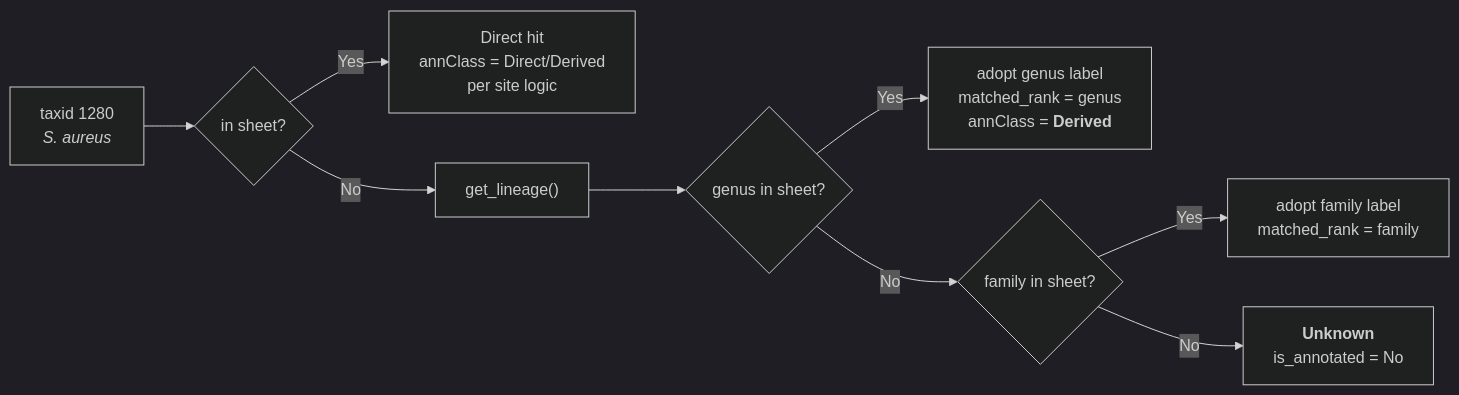
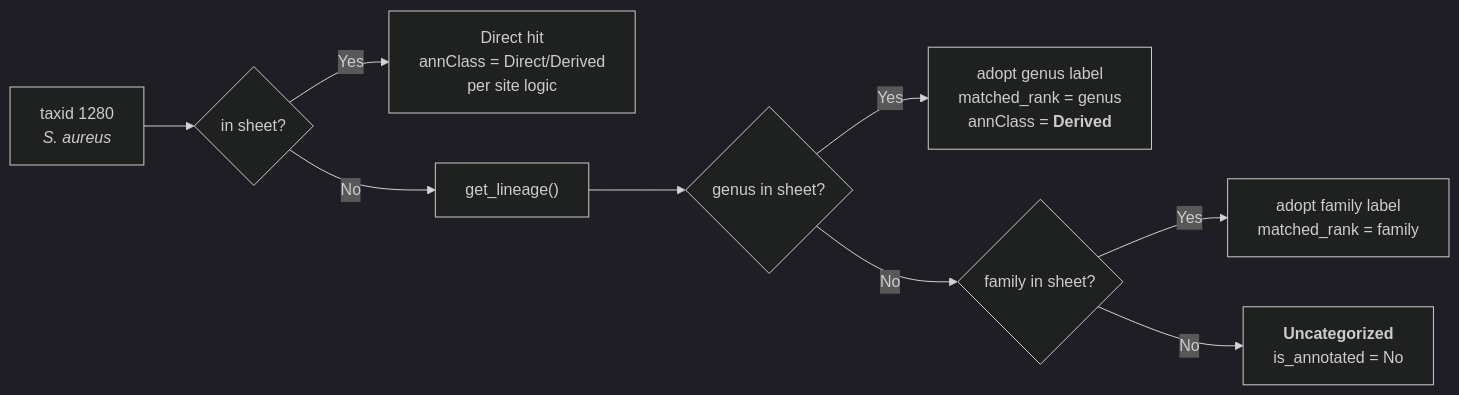
Before and after one commit to jhuapl-bio/taxtriage: the third of 5 diagrams in docs/microbial-categories.md, drawn with Mermaid (dark theme). The commit also changed other lines of this file and 25 other files, not shown here.

Commit message:
switching unknown to uncategorized in docs, pages, path annotations

````diff
--- a/docs/microbial-categories.md
+++ b/docs/microbial-categories.md
@@ -135,11 +139,11 @@
 ```mermaid
 flowchart LR
     A["taxid 1280<br/><i>S. aureus</i>"] --> B{"in sheet?"}
     B -->|Yes| C["Direct hit<br/>annClass = Direct/Derived<br/>per site logic"]
     B -->|No| D["get_lineage()"]
     D --> E{"genus in sheet?"}
     E -->|Yes| F["adopt genus label<br/>matched_rank = genus<br/>annClass = <b>Derived</b>"]
     E -->|No| G{"family in sheet?"}
     G -->|Yes| H["adopt family label<br/>matched_rank = family"]
-    G -->|No| I["<b>Unknown</b><br/>is_annotated = No"]
+    G -->|No| I["<b>Uncategorized</b><br/>is_annotated = No"]
 ```
````
